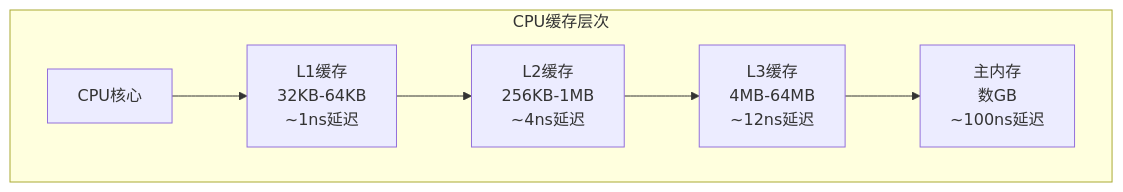
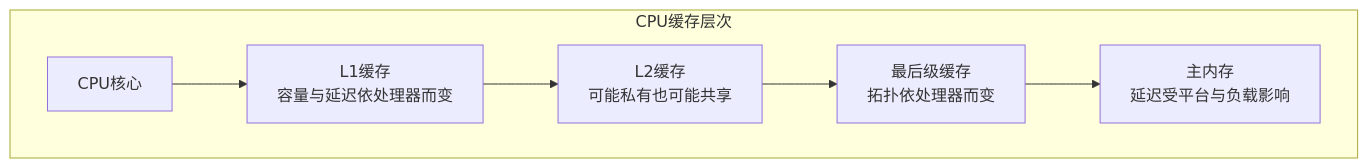
The third of 5 diagrams in week_04/day_28/README.md (mlbo/cpp_learning), drawn with Mermaid before and after one commit. The commit also changed other lines of this file and 675 other files, not shown here.

````diff
--- a/week_04/day_28/README.md
+++ b/week_04/day_28/README.md
@@ -308,9 +253,9 @@
 ```mermaid
 graph TB
     subgraph "CPU缓存层次"
-        A[CPU核心] --> B["L1缓存<br/>32KB-64KB<br/>~1ns延迟"]
-        B --> C["L2缓存<br/>256KB-1MB<br/>~4ns延迟"]
-        C --> D["L3缓存<br/>4MB-64MB<br/>~12ns延迟"]
-        D --> E["主内存<br/>数GB<br/>~100ns延迟"]
+        A[CPU核心] --> B["L1缓存<br/>容量与延迟依处理器而变"]
+        B --> C["L2缓存<br/>可能私有也可能共享"]
+        C --> D["最后级缓存<br/>拓扑依处理器而变"]
+        D --> E["主内存<br/>延迟受平台与负载影响"]
     end
 ```
````
